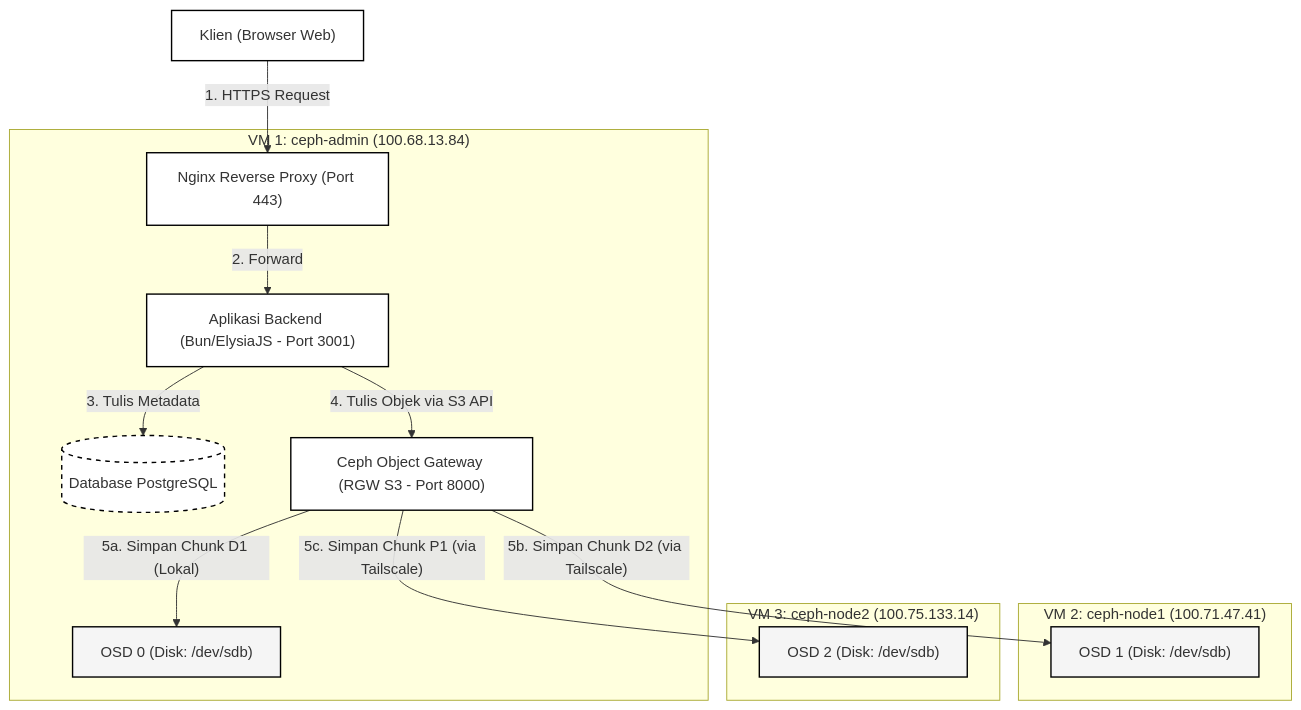
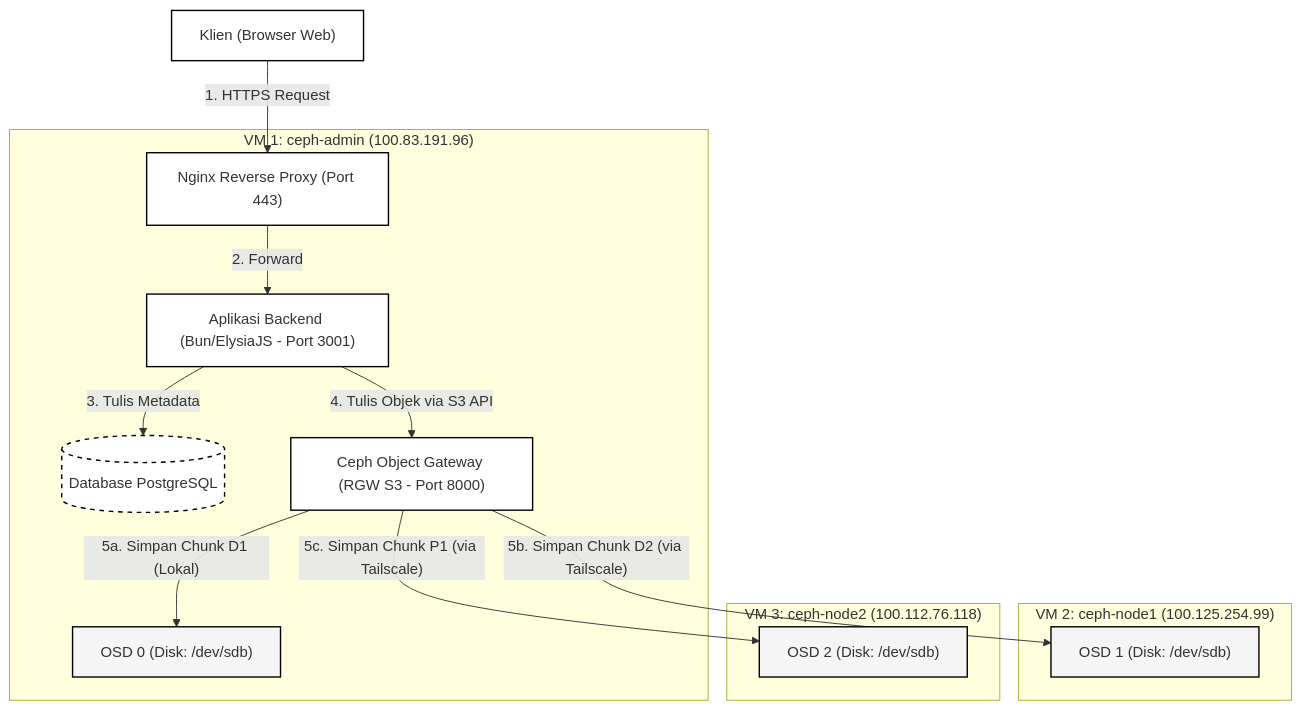
The diagram in ceph_migration_guide.md (MegumenZ/labpor-cloud-storage), drawn with Mermaid before and after one commit. The commit also changed other lines of this file and 35 other files, not shown here.

````diff
--- a/ceph_migration_guide.md
+++ b/ceph_migration_guide.md
@@ -14,40 +14,40 @@
 ```mermaid
 graph TD
     %% Styling Akademis Formal (Hitam Putih Murni)
     classDef appBox fill:#ffffff,stroke:#000000,stroke-width:1.5px;
     classDef hostBox fill:#f5f5f5,stroke:#000000,stroke-width:1.5px;
     classDef dbBox fill:#ffffff,stroke:#000000,stroke-width:1.5px,stroke-dasharray: 5 5;
 
     %% Client Layer (Sisi Pengguna)
     Client["Klien (Browser Web)"]:::appBox
 
     %% VM 1: ceph-admin (Server Aplikasi & Utama)
-    subgraph Host1 ["VM 1: ceph-admin (100.68.13.84)"]
+    subgraph Host1 ["VM 1: ceph-admin (100.83.191.96)"]
         Nginx["Nginx Reverse Proxy (Port 443)"]:::appBox
         Backend["Aplikasi Backend (Bun/ElysiaJS - Port 3001)"]:::appBox
         DB[("Database PostgreSQL")]:::dbBox
         RGW["Ceph Object Gateway (RGW S3 - Port 8000)"]:::appBox
         OSD0["OSD 0 (Disk: /dev/sdb)"]:::hostBox
     end
 
     %% VM 2: ceph-node1 (Storage Node 1)
-    subgraph Host2 ["VM 2: ceph-node1 (100.71.47.41)"]
+    subgraph Host2 ["VM 2: ceph-node1 (100.125.254.99)"]
         OSD1["OSD 1 (Disk: /dev/sdb)"]:::hostBox
     end
 
     %% VM 3: ceph-node2 (Storage Node 2)
-    subgraph Host3 ["VM 3: ceph-node2 (100.75.133.14)"]
+    subgraph Host3 ["VM 3: ceph-node2 (100.112.76.118)"]
         OSD2["OSD 2 (Disk: /dev/sdb)"]:::hostBox
     end
 
     %% Hubungan Aliran Data & Pemetaan
     Client -->|1. HTTPS Request| Nginx
     Nginx -->|2. Forward| Backend
     Backend -->|3. Tulis Metadata| DB
     Backend -->|4. Tulis Objek via S3 API| RGW
 
     %% Distribusi Chunks Erasure Coding K=2, M=1
     RGW -->|"5a. Simpan Chunk D1 (Lokal)"| OSD0
     RGW -->|"5b. Simpan Chunk D2 (via Tailscale)"| OSD1
     RGW -->|"5c. Simpan Chunk P1 (via Tailscale)"| OSD2
 ```
````
